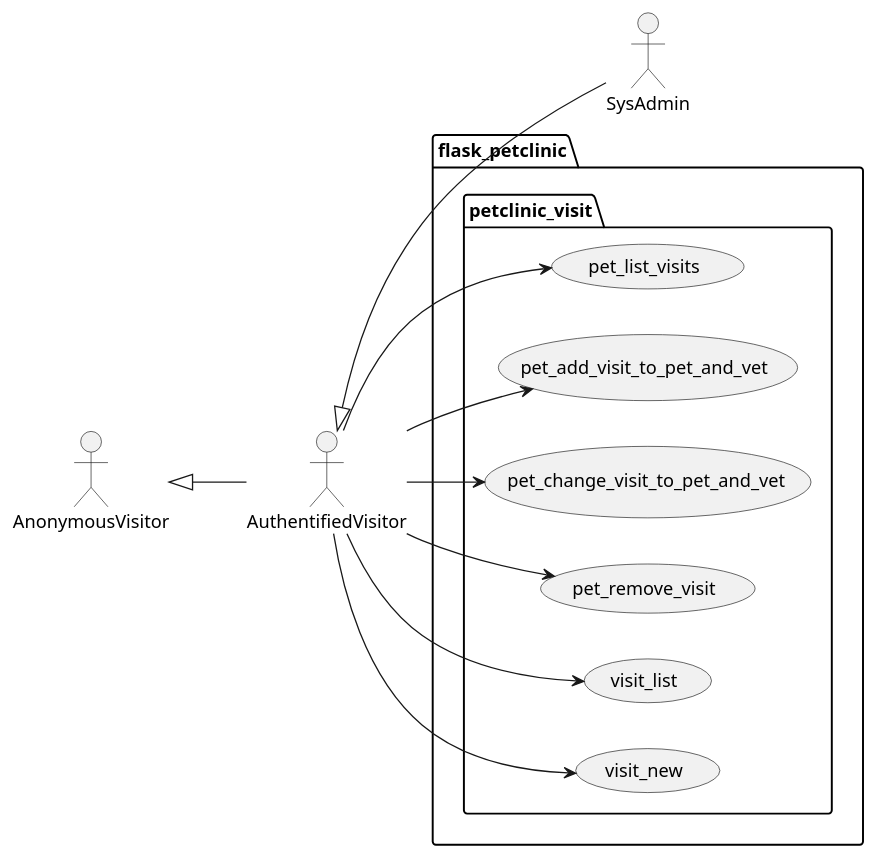
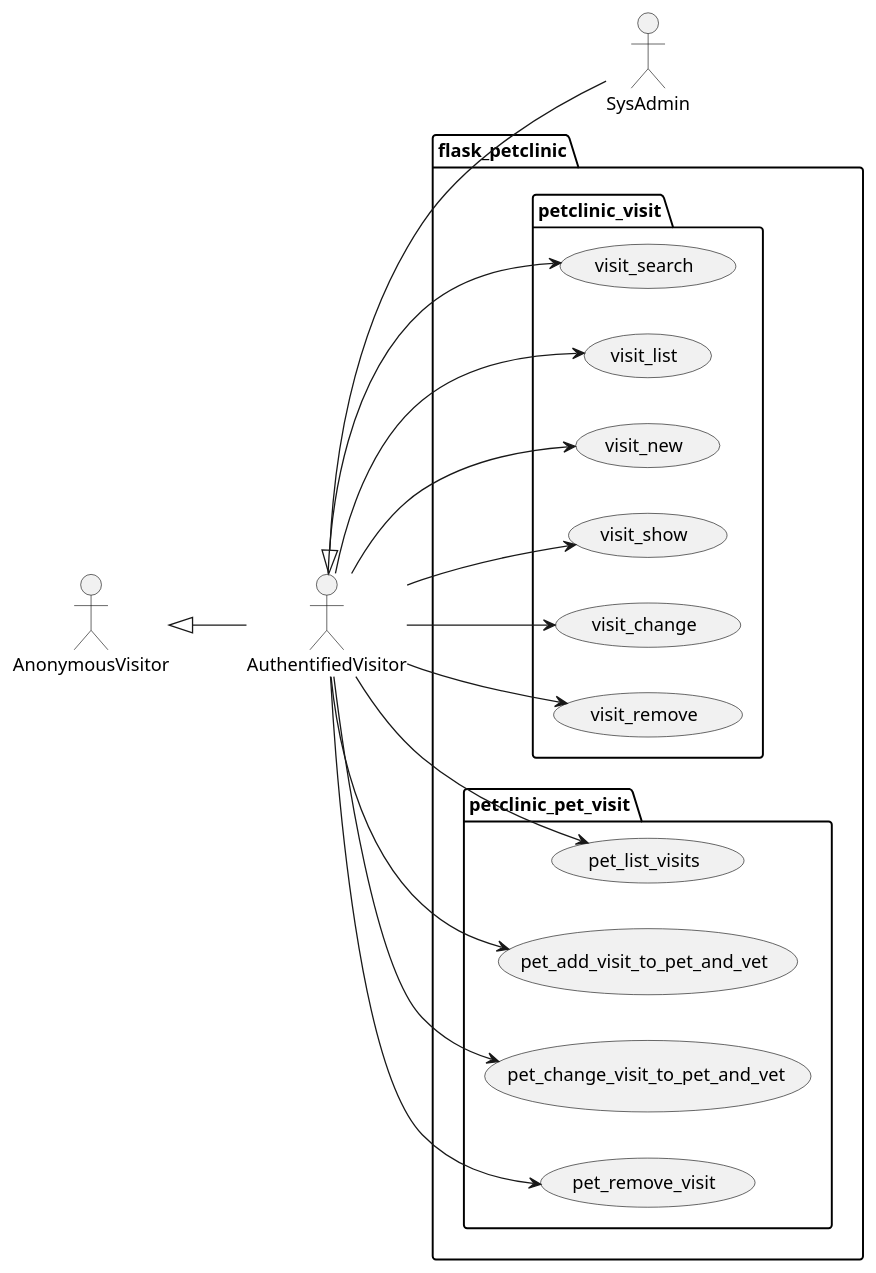
One commit to Jakarta-EE-Petclinic/petclinic_flask changed the diagram in project/petclinic_model/visit.puml. Above: the diagram before and after it, drawn with PlantUML. The commit also changed 3 other files, not shown here.

```diff
--- a/project/petclinic_model/visit.puml
+++ b/project/petclinic_model/visit.puml
@@ -1,31 +1,45 @@
 @startuml
 left to right direction
 
 actor AnonymousVisitor as av
 actor AuthentifiedVisitor as au
 actor SysAdmin as sa
 
 av <|-- au
 au <|-- sa
 
 package flask_petclinic {
 
     package petclinic_visit {
 
-        usecase pet_list_visits as uc7000
-        usecase pet_add_visit_to_pet_and_vet as uc7001
-        usecase pet_change_visit_to_pet_and_vet as uc7002
-        usecase pet_remove_visit as uc7003
-        usecase visit_list as uc7004
-        usecase visit_new as uc7005
+        usecase visit_search as uc7000
+        usecase visit_list as uc7001
+        usecase visit_new as uc7002
+        usecase visit_show as uc7003
+        usecase visit_change as uc7004
+        usecase visit_remove as uc7005
 
         au --> uc7000
         au --> uc7001
         au --> uc7002
         au --> uc7003
         au --> uc7004
         au --> uc7005
+
+    }
+
+    package petclinic_pet_visit {
+
+        usecase pet_list_visits as uc7020
+        usecase pet_add_visit_to_pet_and_vet as uc7021
+        usecase pet_change_visit_to_pet_and_vet as uc7022
+        usecase pet_remove_visit as uc7023
+
+        au --> uc7020
+        au --> uc7021
+        au --> uc7022
+        au --> uc7023
     }
 
 }
 @enduml
```
